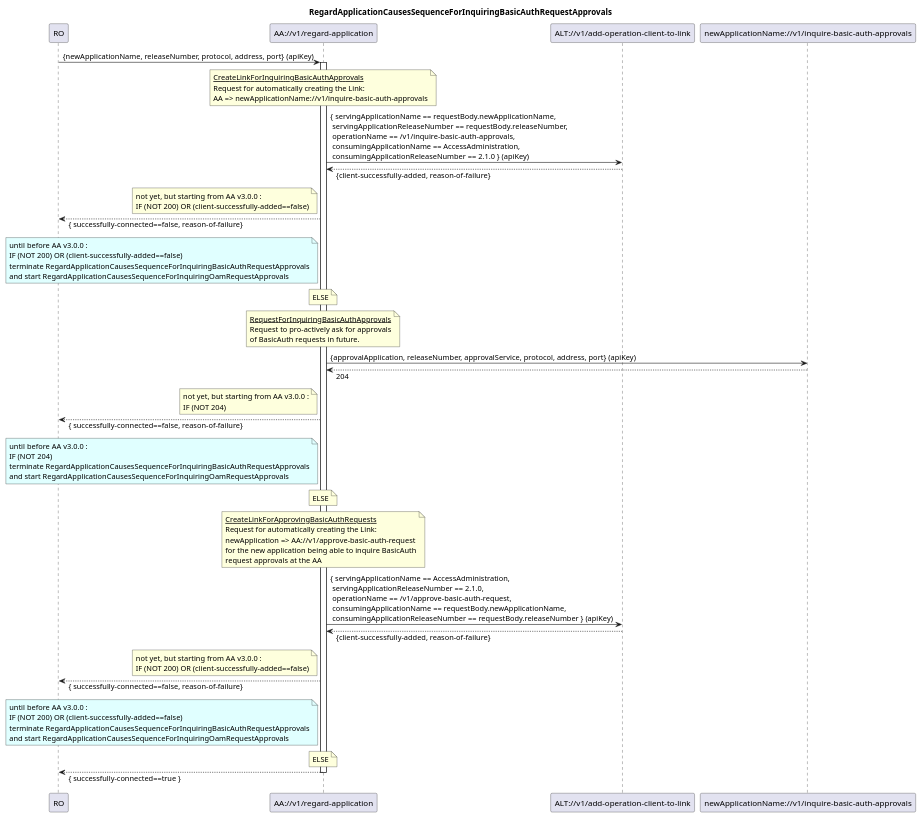
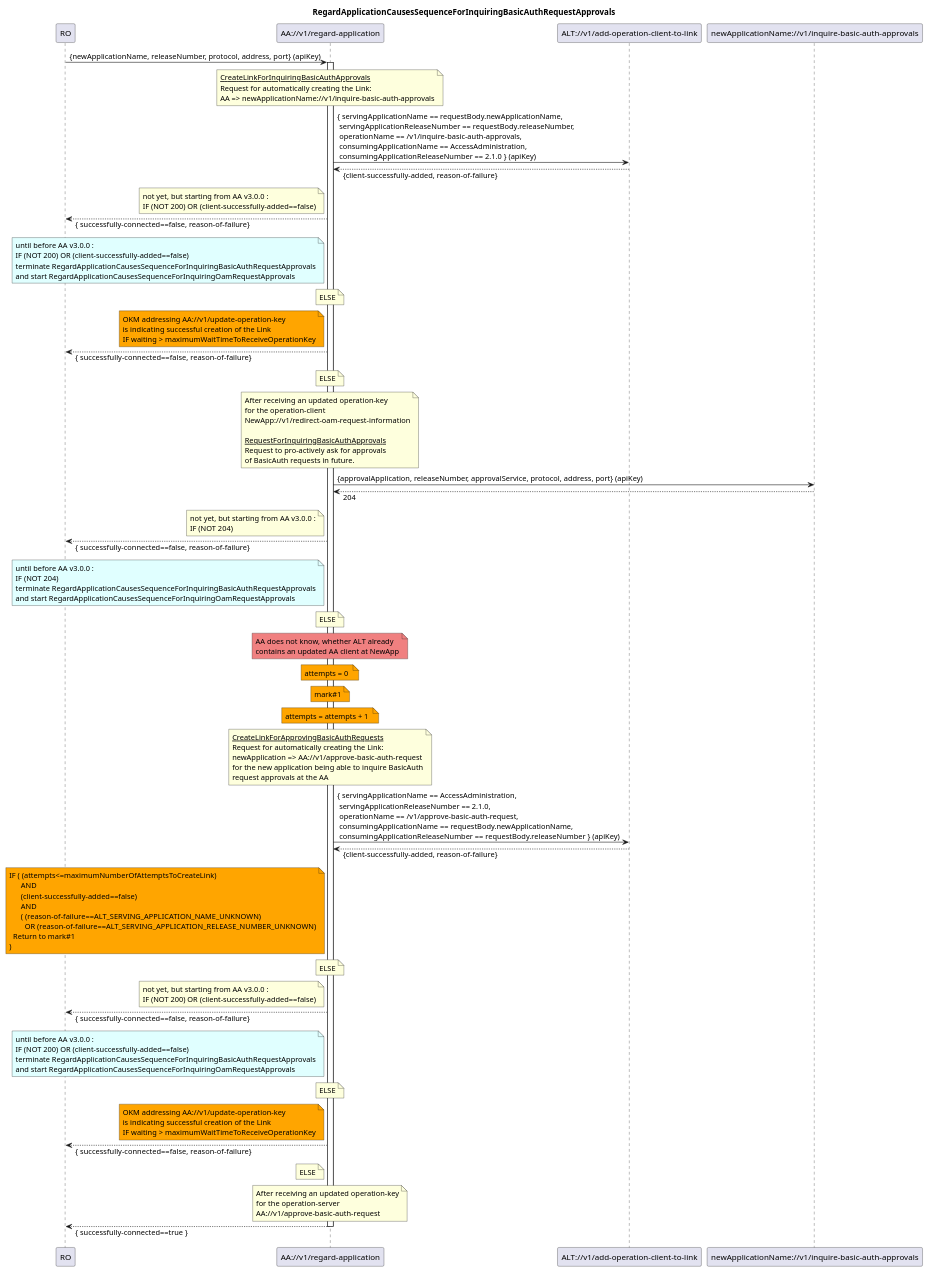
The diagram in spec/diagrams/is001_regardApplicationCausesBasicAuthSequence.plantuml (openBackhaul/AdministratorAdministration), drawn with PlantUML before and after one commit. The commit also changed 18 other files, not shown here.

```diff
--- a/spec/diagrams/is001_regardApplicationCausesBasicAuthSequence.plantuml
+++ b/spec/diagrams/is001_regardApplicationCausesBasicAuthSequence.plantuml
@@ -1,96 +1,161 @@
 @startuml is001_regardApplicationCausesBasicAuthSequence
 skinparam responseMessageBelowArrow true
 
 title
 RegardApplicationCausesSequenceForInquiringBasicAuthRequestApprovals
 end title
 
 participant "RO" as ro
 participant "AA://v1/regard-application" as aa
 participant "ALT://v1/add-operation-client-to-link" as alt
 participant "newApplicationName://v1/inquire-basic-auth-approvals" as newApplicationFuture
 
 ro -> aa : {newApplicationName, releaseNumber, protocol, address, port} (apiKey)
 activate aa
 
 note over aa
 <u>CreateLinkForInquiringBasicAuthApprovals</u>
 Request for automatically creating the Link:
 AA => newApplicationName://v1/inquire-basic-auth-approvals
 end note
 aa -> alt : { servingApplicationName == requestBody.newApplicationName,\n servingApplicationReleaseNumber == requestBody.releaseNumber,\n operationName == /v1/inquire-basic-auth-approvals,\n consumingApplicationName == AccessAdministration,\n consumingApplicationReleaseNumber == 2.1.0 } (apiKey)
 aa <-- alt : {client-successfully-added, reason-of-failure}
 
 note left aa
 not yet, but starting from AA v3.0.0 :
 IF (NOT 200) OR (client-successfully-added==false)
 end note
 ro <-- aa : { successfully-connected==false, reason-of-failure}
 
 note left aa #LightCyan
 until before AA v3.0.0 :
 IF (NOT 200) OR (client-successfully-added==false)
 terminate RegardApplicationCausesSequenceForInquiringBasicAuthRequestApprovals
 and start RegardApplicationCausesSequenceForInquiringOamRequestApprovals
 end note
 
 note over aa
 ELSE
 end note
 
+note left aa #Orange
+OKM addressing AA://v1/update-operation-key
+is indicating successful creation of the Link
+IF waiting > maximumWaitTimeToReceiveOperationKey
+end note
+ro <-- aa : { successfully-connected==false,  reason-of-failure}
+
 note over aa
+ELSE
+end note
+
+note over aa
+After receiving an updated operation-key
+for the operation-client
+NewApp://v1/redirect-oam-request-information
+
 <u>RequestForInquiringBasicAuthApprovals</u>
 Request to pro-actively ask for approvals
 of BasicAuth requests in future.
 end note
 aa -> newApplicationFuture : {approvalApplication, releaseNumber, approvalService, protocol, address, port} (apiKey)
 aa <-- newApplicationFuture : 204
 
 note left aa
 not yet, but starting from AA v3.0.0 :
 IF (NOT 204)
 end note
 ro <-- aa : { successfully-connected==false, reason-of-failure}
 
 note left aa #LightCyan
 until before AA v3.0.0 :
 IF (NOT 204)
 terminate RegardApplicationCausesSequenceForInquiringBasicAuthRequestApprovals
 and start RegardApplicationCausesSequenceForInquiringOamRequestApprovals
 end note
 
 note over aa
 ELSE
 end note
 
+note over aa #LightCoral
+AA does not know, whether ALT already 
+contains an updated AA client at NewApp
+end note
+
+note over aa #Orange
+attempts = 0 
+end note
+
+note over aa #Orange
+mark#1
+end note
+
+note over aa #Orange
+attempts = attempts + 1 
+end note
+
 note over aa
 <u>CreateLinkForApprovingBasicAuthRequests</u>
 Request for automatically creating the Link:
 newApplication => AA://v1/approve-basic-auth-request
 for the new application being able to inquire BasicAuth
 request approvals at the AA
 end note
 aa -> alt : { servingApplicationName == AccessAdministration,\n servingApplicationReleaseNumber == 2.1.0,\n operationName == /v1/approve-basic-auth-request,\n consumingApplicationName == requestBody.newApplicationName,\n consumingApplicationReleaseNumber == requestBody.releaseNumber } (apiKey)
 aa <-- alt : {client-successfully-added, reason-of-failure}
+
+note left aa #Orange
+IF ( (attempts<=maximumNumberOfAttemptsToCreateLink)
+      AND 
+      (client-successfully-added==false)
+      AND
+      ( (reason-of-failure==ALT_SERVING_APPLICATION_NAME_UNKNOWN)
+        OR (reason-of-failure==ALT_SERVING_APPLICATION_RELEASE_NUMBER_UNKNOWN)
+  Return to mark#1
+)
+end note
+
+note over aa
+ELSE
+end note
 
 note left aa
 not yet, but starting from AA v3.0.0 :
 IF (NOT 200) OR (client-successfully-added==false)
 end note
 ro <-- aa : { successfully-connected==false, reason-of-failure}
 
 note left aa #LightCyan
 until before AA v3.0.0 :
 IF (NOT 200) OR (client-successfully-added==false)
 terminate RegardApplicationCausesSequenceForInquiringBasicAuthRequestApprovals
 and start RegardApplicationCausesSequenceForInquiringOamRequestApprovals
 end note
 
 note over aa
 ELSE
 end note
+
+note left aa #Orange
+OKM addressing AA://v1/update-operation-key
+is indicating successful creation of the Link
+IF waiting > maximumWaitTimeToReceiveOperationKey
+end note
+ro <-- aa : { successfully-connected==false,  reason-of-failure}
+
+note left aa
+ELSE
+end note
+
+note over aa
+After receiving an updated operation-key
+for the operation-server
+AA://v1/approve-basic-auth-request
+end note
+
 ro <-- aa : { successfully-connected==true }
 
 deactivate aa
 
 @enduml
```
